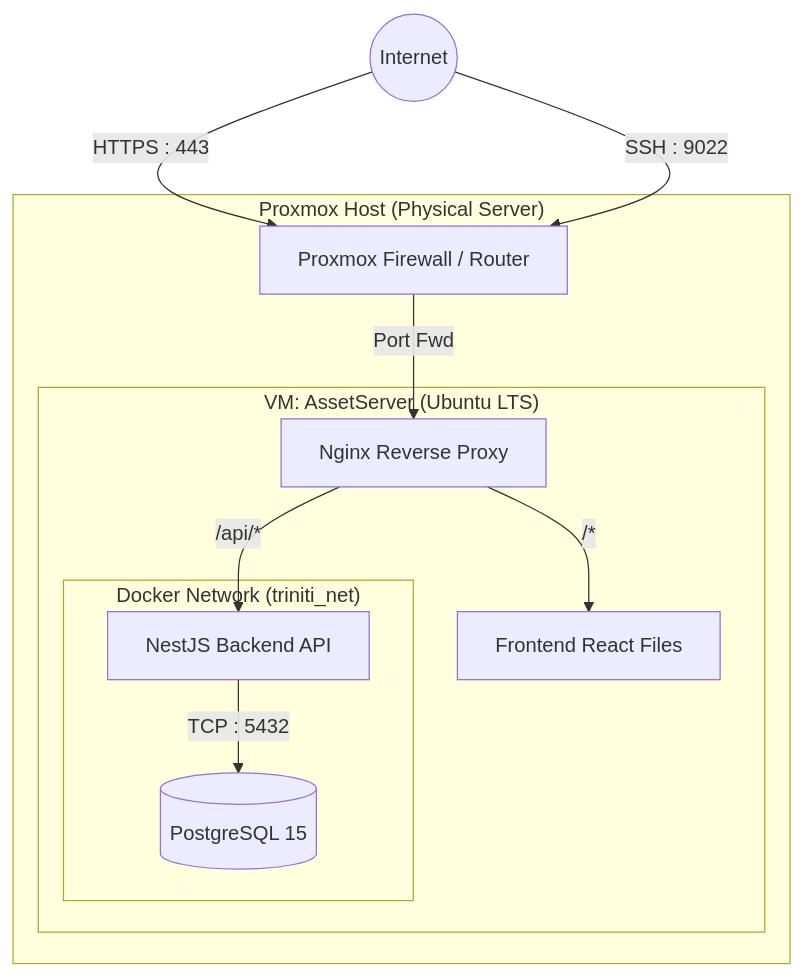
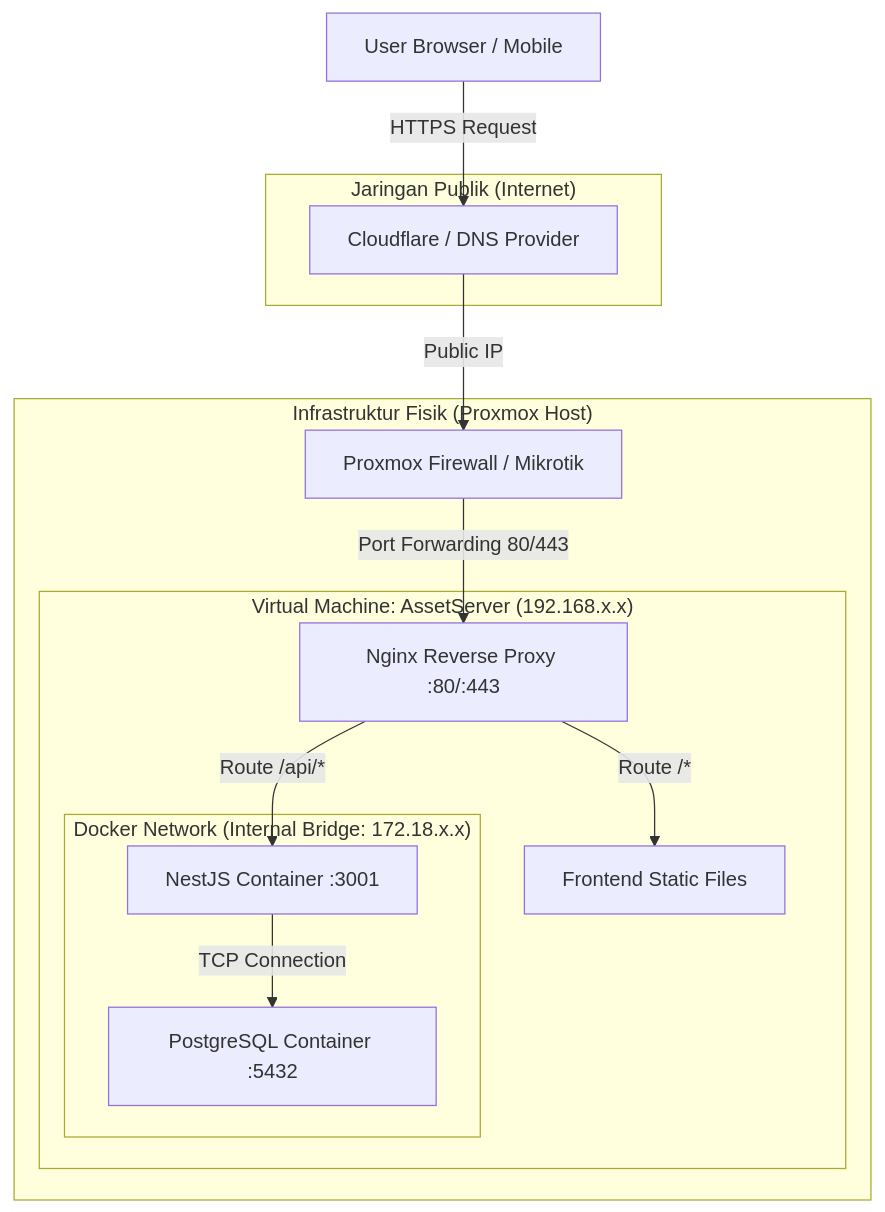
The diagram in Docs/04_OPERATIONS/INFRASTRUCTURE_AND_DEPLOYMENT.md (Asamaludi26/TrinityApps), drawn with Mermaid before and after one commit. The commit also changed other lines of this file and 3 other files, not shown here.

First line of the commit message:
docs: Improve security and architecture documentation

````diff
--- a/Docs/04_OPERATIONS/INFRASTRUCTURE_AND_DEPLOYMENT.md
+++ b/Docs/04_OPERATIONS/INFRASTRUCTURE_AND_DEPLOYMENT.md
@@ -9,28 +11,31 @@
 ```mermaid
 graph TD
-    Internet((Internet))
+    UserClient[User Browser / Mobile]
     
-    subgraph "Proxmox Host (Physical Server)"
-        Firewall[Proxmox Firewall / Router]
+    subgraph "Jaringan Publik (Internet)"
+        DNS[Cloudflare / DNS Provider]
+    end
+    
+    subgraph "Infrastruktur Fisik (Proxmox Host)"
+        Firewall[Proxmox Firewall / Mikrotik]
         
-        subgraph "VM: AssetServer (Ubuntu LTS)"
-            Nginx[Nginx Reverse Proxy]
+        subgraph "Virtual Machine: AssetServer (192.168.x.x)"
+            Nginx[Nginx Reverse Proxy :80/:443]
             
-            subgraph "Docker Network (triniti_net)"
-                App[NestJS Backend API]
-                DB[(PostgreSQL 15)]
+            subgraph "Docker Network (Internal Bridge: 172.18.x.x)"
+                Backend[NestJS Container :3001]
+                DB[PostgreSQL Container :5432]
             end
             
-            Static[Frontend React Files]
+            Static[Frontend Static Files]
         end
     end
     
-    Internet -->|HTTPS : 443| Firewall
-    Internet -->|SSH : 9022| Firewall
+    UserClient -->|HTTPS Request| DNS
+    DNS -->|Public IP| Firewall
+    Firewall -->|Port Forwarding 80/443| Nginx
     
-    Firewall -->|Port Fwd| Nginx
-    
-    Nginx -->|/api/*| App
-    Nginx -->|/*| Static
-    App -->|TCP : 5432| DB
+    Nginx -->|Route /api/*| Backend
+    Nginx -->|Route /*| Static
+    Backend -->|TCP Connection| DB
 ```
````
